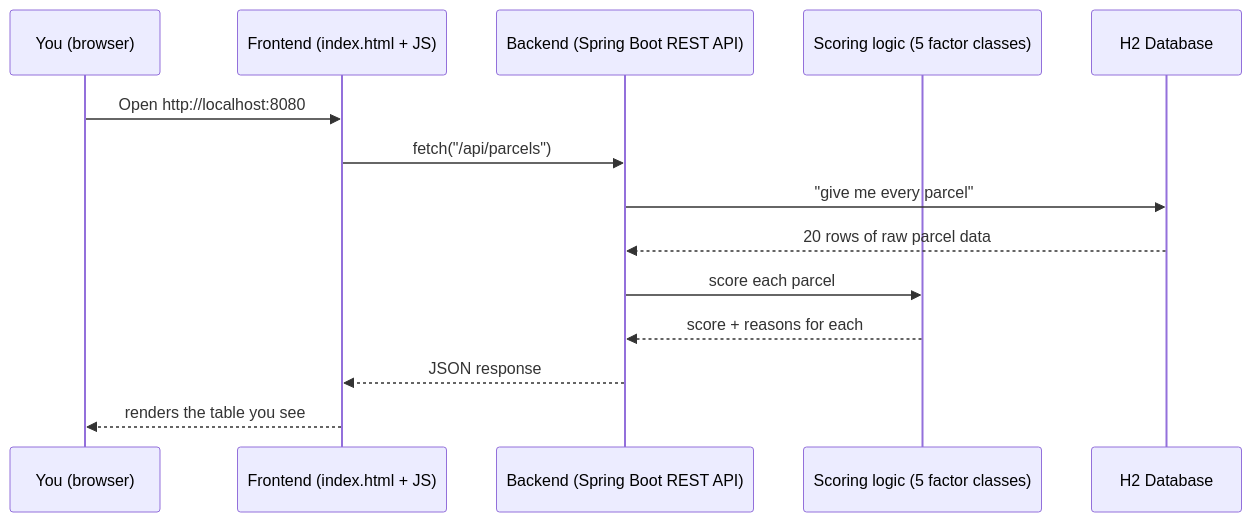
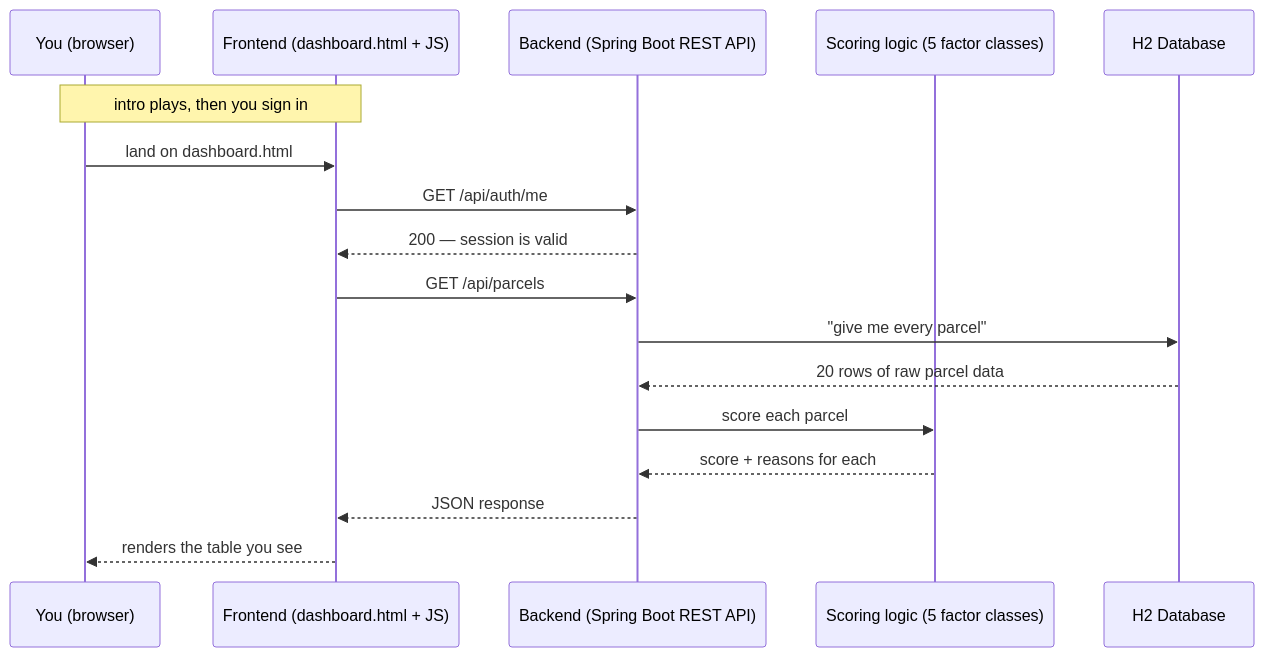
The second of 3 diagrams in README.md (2300090368csit-png/land-title-risk-scorer), drawn with Mermaid before and after one commit. The commit also changed other lines of this file, not shown here.

````diff
--- a/README.md
+++ b/README.md
@@ -159,17 +159,20 @@
 ```mermaid
 sequenceDiagram
     participant You as You (browser)
-    participant FE as Frontend (index.html + JS)
+    participant FE as Frontend (dashboard.html + JS)
     participant API as Backend (Spring Boot REST API)
     participant Logic as Scoring logic (5 factor classes)
     participant DB as H2 Database
 
-    You->>FE: Open http://localhost:8080
-    FE->>API: fetch("/api/parcels")
+    Note over You,FE: intro plays, then you sign in
+    You->>FE: land on dashboard.html
+    FE->>API: GET /api/auth/me
+    API-->>FE: 200 — session is valid
+    FE->>API: GET /api/parcels
     API->>DB: "give me every parcel"
     DB-->>API: 20 rows of raw parcel data
     API->>Logic: score each parcel
     Logic-->>API: score + reasons for each
     API-->>FE: JSON response
     FE-->>You: renders the table you see
 ```
````
